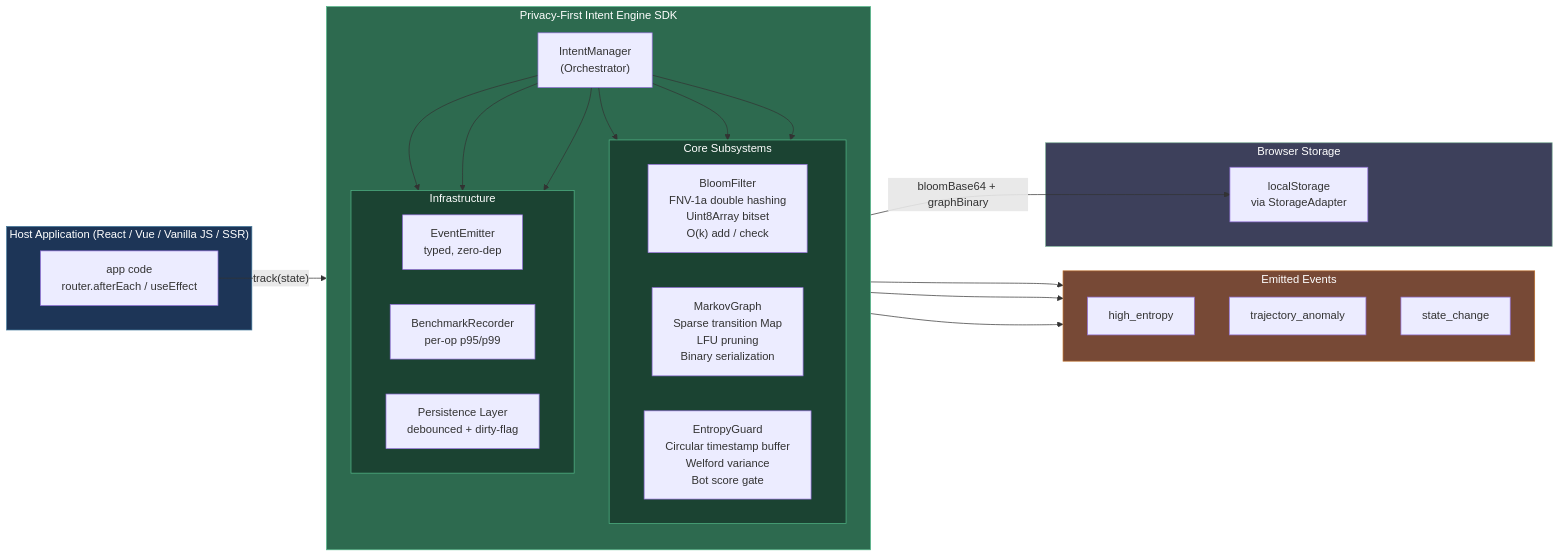
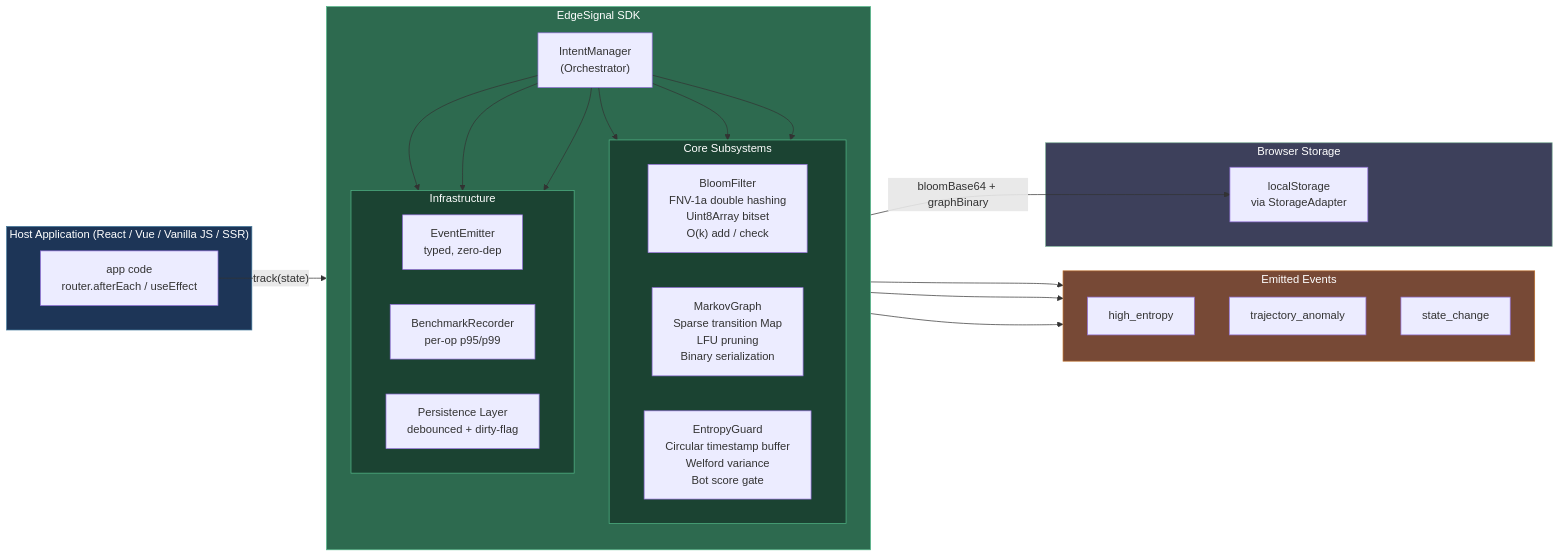
One commit to purushpsm147/PassiveIntent-Privacy-First-Intent-Engine changed the first of 4 diagrams in document.md. Above: the diagram before and after it, drawn with Mermaid. The commit also changed other lines of this file and 13 other files, not shown here.

First line of the commit message:
feat: rename Privacy-First Intent Engine to EdgeSignal and update rel… (#25)

````diff
--- a/document.md
+++ b/document.md
@@ -513,56 +558,56 @@
 ```mermaid
 flowchart LR
     subgraph HOST["Host Application (React / Vue / Vanilla JS / SSR)"]
         APP["app code\nrouter.afterEach / useEffect"]
     end
 
-    subgraph SDK["Privacy-First Intent Engine SDK"]
+    subgraph SDK["EdgeSignal SDK"]
         direction TB
         IM["IntentManager\n(Orchestrator)"]
 
         subgraph CORE["Core Subsystems"]
             direction LR
             BF["BloomFilter\nFNV-1a double hashing\nUint8Array bitset\nO(k) add / check"]
             MG["MarkovGraph\nSparse transition Map\nLFU pruning\nBinary serialization"]
             EG["EntropyGuard\nCircular timestamp buffer\nWelford variance\nBot score gate"]
         end
 
         subgraph INFRA["Infrastructure"]
             direction LR
             EE["EventEmitter\ntyped, zero-dep"]
             BR["BenchmarkRecorder\nper-op p95/p99"]
             PL["Persistence Layer\ndebounced + dirty-flag"]
         end
 
         IM --> BF
         IM --> MG
         IM --> EG
         IM --> EE
         IM --> BR
         IM --> PL
     end
 
     subgraph EVENTS["Emitted Events"]
         direction TB
         E1["high_entropy"]
         E2["trajectory_anomaly"]
         E3["state_change"]
     end
 
     subgraph STORE["Browser Storage"]
         LS["localStorage\nvia StorageAdapter"]
     end
 
     APP -- "track(state)" --> IM
     EE --> E1
     EE --> E2
     EE --> E3
     PL -- "bloomBase64 + graphBinary" --> LS
 
     style HOST fill:#1d3557,color:#fff,stroke:#457b9d
     style SDK fill:#2d6a4f,color:#fff,stroke:#52b788
     style CORE fill:#1b4332,color:#fff,stroke:#52b788
     style INFRA fill:#1b4332,color:#fff,stroke:#52b788
     style EVENTS fill:#774936,color:#fff,stroke:#bc6c25
     style STORE fill:#3d405b,color:#fff,stroke:#81b29a
 ```
````
